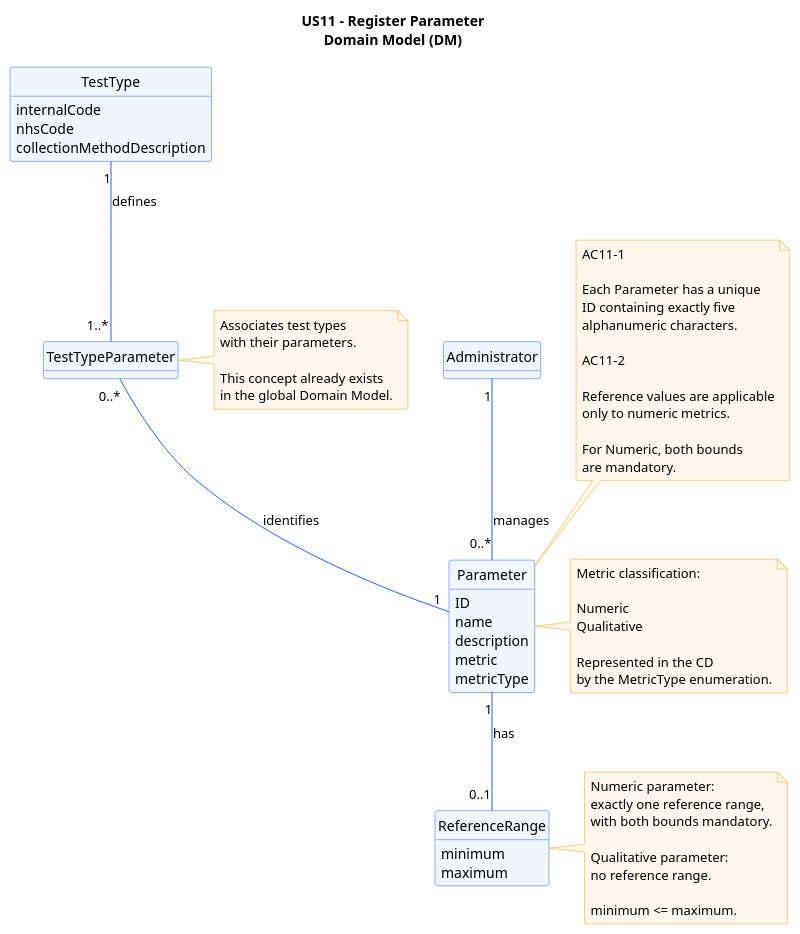
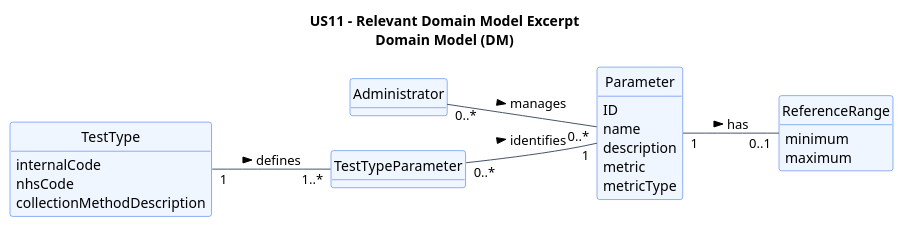
Before and after one commit to jmaia574/leti-esoft-26-27-B6: the diagram in docs/system-documentation/US11/puml/US11-DM.puml, drawn with PlantUML. The commit also changed 7 other files, not shown here.

```diff
--- a/docs/system-documentation/US11/puml/US11-DM.puml
+++ b/docs/system-documentation/US11/puml/US11-DM.puml
@@ -1,111 +1,42 @@
 @startuml
-title US11 - Register Parameter\nDomain Model (DM)
+title US11 - Relevant Domain Model Excerpt\nDomain Model (DM)
 
-skinparam backgroundColor white
-skinparam classBackgroundColor #EFF6FF
-skinparam classBorderColor #2563EB
-skinparam classArrowColor #2563EB
-skinparam noteBackgroundColor #FFF7ED
-skinparam noteBorderColor #F59E0B
-skinparam shadowing false
-
+left to right direction
 hide methods
 hide circle
+skinparam classAttributeIconSize 0
+skinparam backgroundColor #FFFFFF
+skinparam shadowing false
+skinparam classBorderColor #2563EB
+skinparam classBackgroundColor #EFF6FF
+skinparam ArrowColor #475569
 
 class Administrator
 
 class Parameter {
     ID
     name
     description
     metric
     metricType
 }
 
 class ReferenceRange {
     minimum
     maximum
 }
 
 class TestType {
     internalCode
     nhsCode
     collectionMethodDescription
 }
 
 class TestTypeParameter
 
-' =====================================================
-' Domain relationships
-' =====================================================
-
-Administrator "1" -- "0..*" Parameter : manages
-
-Parameter "1" -- "0..1" ReferenceRange : has
-
-TestType "1" -- "1..*" TestTypeParameter : defines
-
-TestTypeParameter "0..*" -- "1" Parameter : identifies
-
-' =====================================================
-' Acceptance criteria
-' =====================================================
-
-note top of Parameter
-    AC11-1
-
-    Each Parameter has a unique
-    ID containing exactly five
-    alphanumeric characters.
-
-    AC11-2
-
-    Reference values are applicable
-    only to numeric metrics.
-
-    For Numeric, both bounds
-    are mandatory.
-end note
-
-' =====================================================
-' Metric classification
-' =====================================================
-
-note right of Parameter
-    Metric classification:
-
-    Numeric
-    Qualitative
-
-    Represented in the CD
-    by the MetricType enumeration.
-end note
-
-' =====================================================
-' Reference range constraints
-' =====================================================
-
-note right of ReferenceRange
-    Numeric parameter:
-    exactly one reference range,
-    with both bounds mandatory.
-
-    Qualitative parameter:
-    no reference range.
-
-    minimum <= maximum.
-end note
-
-' =====================================================
-' Shared domain concepts
-' =====================================================
-
-note right of TestTypeParameter
-    Associates test types
-    with their parameters.
-
-    This concept already exists
-    in the global Domain Model.
-end note
+Administrator "0..*" -- "0..*" Parameter : manages >
+Parameter "1" -- "0..1" ReferenceRange : has >
+TestType "1" -- "1..*" TestTypeParameter : defines >
+TestTypeParameter "0..*" -- "1" Parameter : identifies >
 
 @enduml
```
